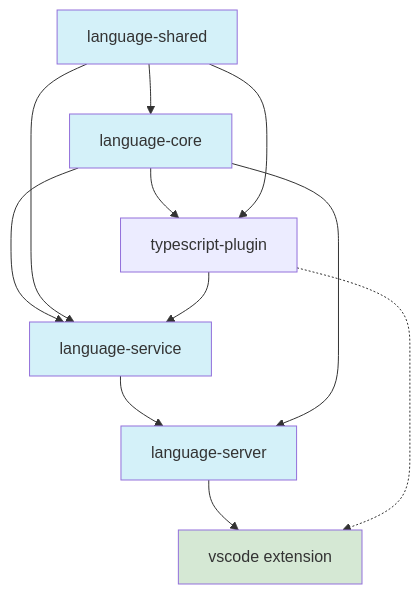
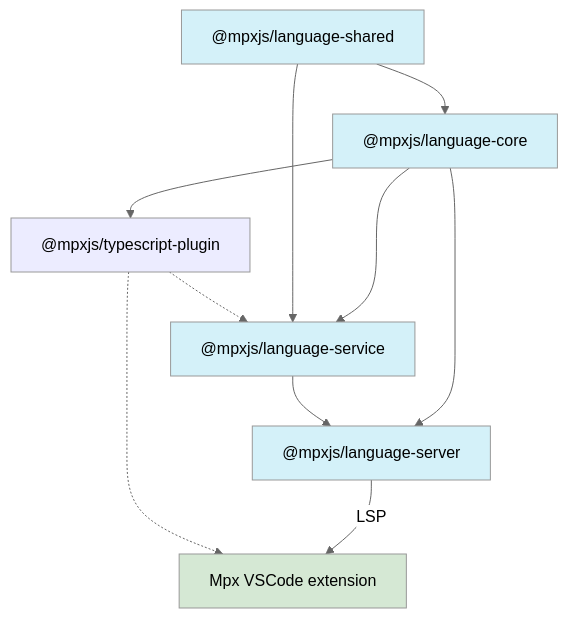
The diagram in README.md (mpx-ecology/language-tools), drawn with Mermaid before and after one commit. The commit also changed other lines of this file and 1 other file, not shown here.

````diff
--- a/README.md
+++ b/README.md
@@ -49,29 +48,34 @@
 ```mermaid
+---
+config:
+  theme: neutral
+---
 flowchart TD
   %% Define all packages
-  shared[language-shared]
-  core[language-core]
-  typescript[typescript-plugin]
-  service[language-service]
-  server[language-server]
-  vscode[vscode extension]
+  shared[ @mpxjs/language-shared ]
+  core[ @mpxjs/language-core ]
+  typescript[ @mpxjs/typescript-plugin ]
+  service[ @mpxjs/language-service ]
+  server[ @mpxjs/language-server ]
+  vscode[ Mpx VSCode extension ]
 
   %% Define dependencies
+  typescript -.-> service
+  typescript -.-> vscode
   shared --> core
+  shared --> service
   core --> typescript
-  shared --> typescript
   core --> service
-  shared --> service
-  typescript --> service
   service --> server
   core --> server
-  server --> vscode
-  typescript -.-> vscode
+  server --> |LSP| vscode
 
   %% Styling
   classDef core fill:#d4f1f9
+  classDef typescript fill:#ececff
   classDef extension fill:#d5e8d4
 
   class shared,core,service,server core
+  class typescript typescript
   class vscode,inspect extension
 ```
````
